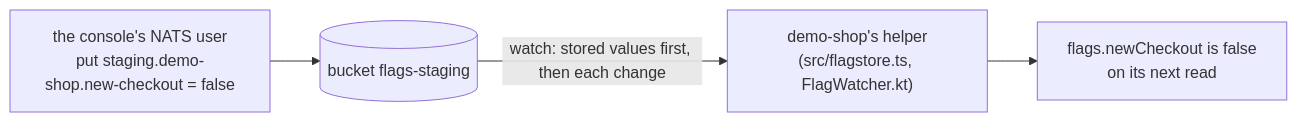
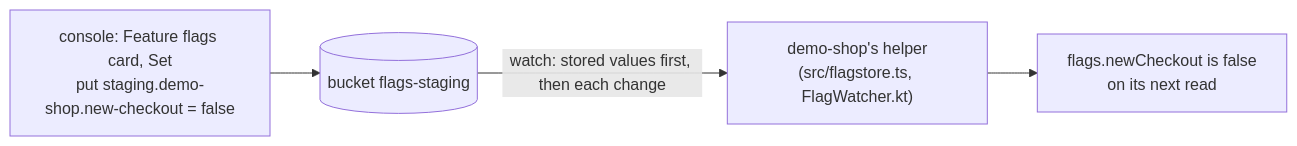
The seventh of 10 diagrams in docs/apps.md (samclement/swhurl-platform), drawn with Mermaid before and after one commit. The commit also changed other lines of this file and 16 other files, not shown here.

First line of the commit message:
Feature flags stage 3: set and clear overrides from the console

````diff
--- a/docs/apps.md
+++ b/docs/apps.md
@@ -456,6 +456,6 @@
 ```mermaid
 flowchart LR
-  console["the console's NATS user<br/>put staging.demo-shop.new-checkout = false"] --> kv[("bucket flags-staging")]
+  console["console: Feature flags card, Set<br/>put staging.demo-shop.new-checkout = false"] --> kv[("bucket flags-staging")]
   kv -- "watch: stored values first, then each change" --> helper["demo-shop's helper<br/>(src/flagstore.ts, FlagWatcher.kt)"]
   helper --> code["flags.newCheckout is false<br/>on its next read"]
 ```
````
